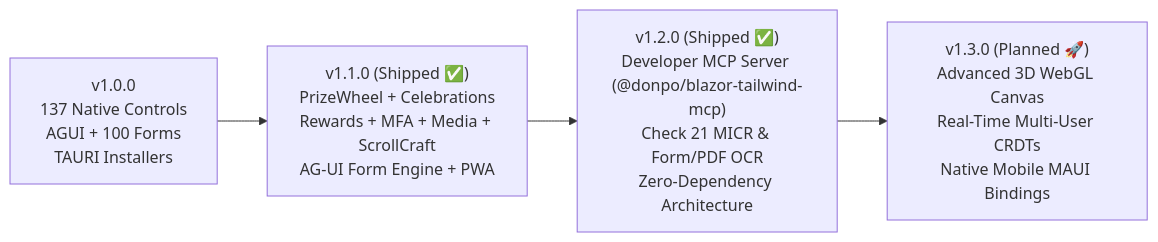
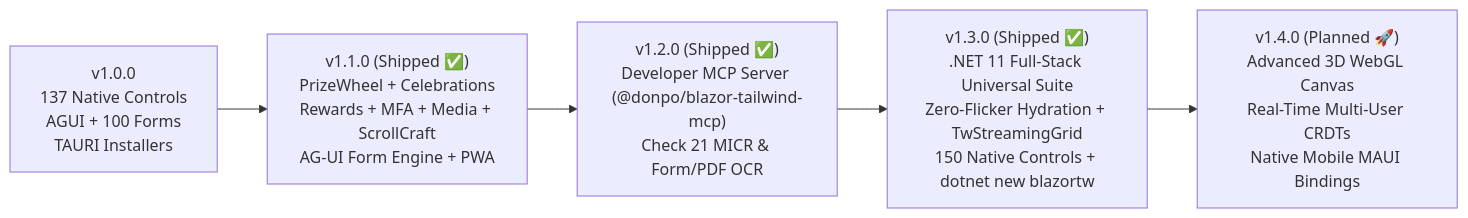
The diagram in docs/ROADMAP.md (donpotts/BlazorTailwindUI), drawn with Mermaid before and after one commit. The commit also changed other lines of this file and 20 other files, not shown here.

Commit message:
feat(release): v1.3.0 - .NET 11 full-stack architecture, zero-flicker hydration, streaming grid and CLI template

````diff
--- a/docs/ROADMAP.md
+++ b/docs/ROADMAP.md
@@ -253,6 +275,7 @@
 ```mermaid
 flowchart LR
     A["v1.0.0<br/>137 Native Controls<br/>AGUI + 100 Forms<br/>TAURI Installers"] --> B["v1.1.0 (Shipped ✅)<br/>PrizeWheel + Celebrations<br/>Rewards + MFA + Media + ScrollCraft<br/>AG-UI Form Engine + PWA"]
-    B --> C["v1.2.0 (Shipped ✅)<br/>Developer MCP Server (@donpo/blazor-tailwind-mcp)<br/>Check 21 MICR & Form/PDF OCR<br/>Zero-Dependency Architecture"]
-    C --> D["v1.3.0 (Planned 🚀)<br/>Advanced 3D WebGL Canvas<br/>Real-Time Multi-User CRDTs<br/>Native Mobile MAUI Bindings"]
+    B --> C["v1.2.0 (Shipped ✅)<br/>Developer MCP Server (@donpo/blazor-tailwind-mcp)<br/>Check 21 MICR & Form/PDF OCR"]
+    C --> D["v1.3.0 (Shipped ✅)<br/>.NET 11 Full-Stack Universal Suite<br/>Zero-Flicker Hydration + TwStreamingGrid<br/>150 Native Controls + dotnet new blazortw"]
+    D --> E["v1.4.0 (Planned 🚀)<br/>Advanced 3D WebGL Canvas<br/>Real-Time Multi-User CRDTs<br/>Native Mobile MAUI Bindings"]
 ```
````
